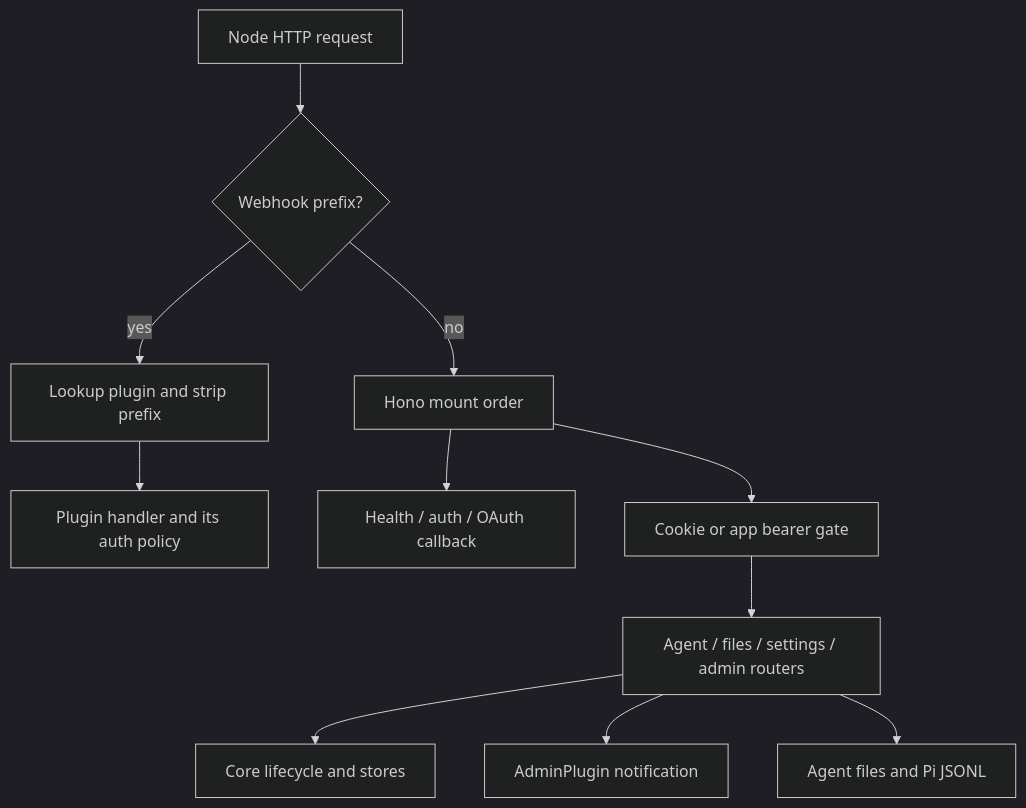
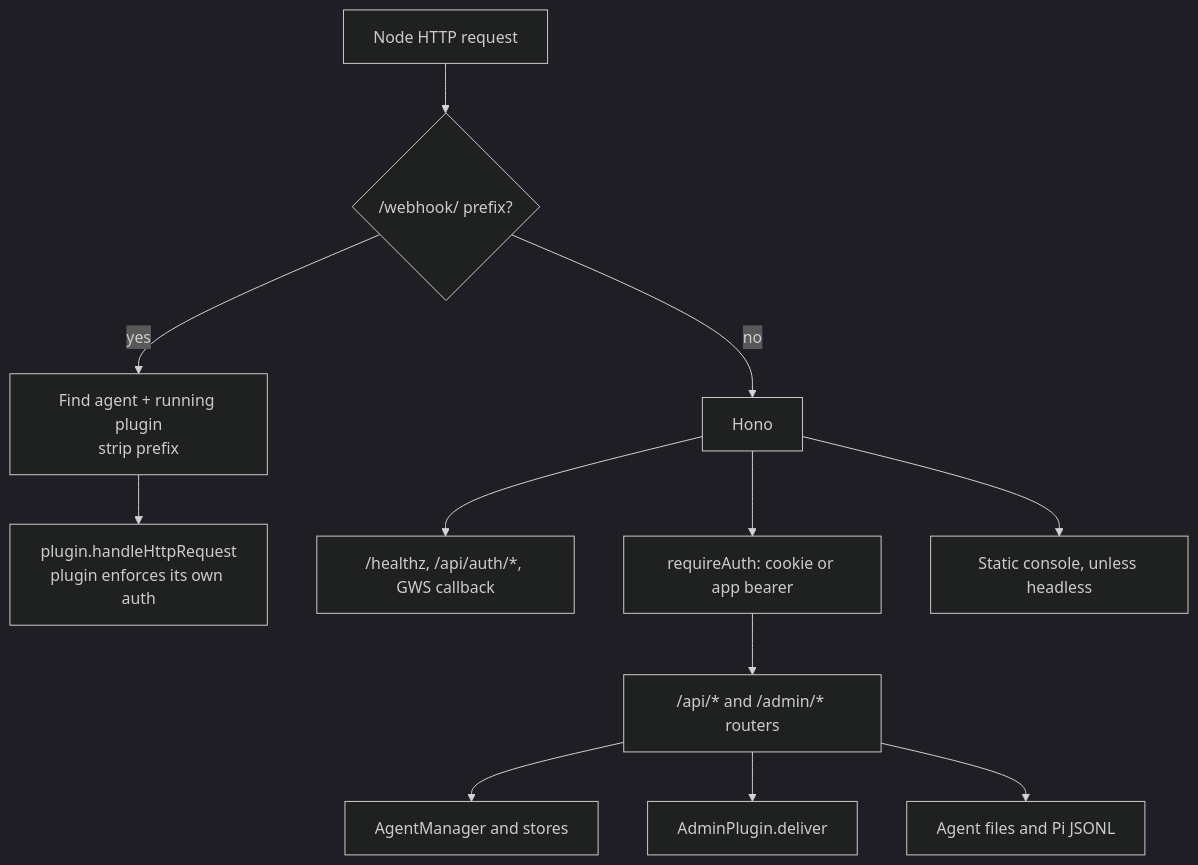
Before and after one commit to cognisphere-sh/cognisphere-harness: the first of 2 diagrams in docs/low-level/api.md, drawn with Mermaid (dark theme). The commit also changed other lines of this file and 19 other files, not shown here.

First line of the commit message:
Update core implementation roadmap with revised delivery order and agent configuration details

````diff
--- a/docs/low-level/api.md
+++ b/docs/low-level/api.md
@@ -20,13 +36,14 @@
 ```mermaid
 flowchart TB
-    HTTP[Node HTTP request] --> Prefix{Webhook prefix?}
-    Prefix -->|yes| Dispatch[Lookup plugin and strip prefix]
-    Dispatch --> Plugin[Plugin handler and its auth policy]
-    Prefix -->|no| Hono[Hono mount order]
-    Hono --> Public[Health / auth / OAuth callback]
-    Hono --> Gate[Cookie or app bearer gate]
-    Gate --> Routes[Agent / files / settings / admin routers]
-    Routes --> Manager[Core lifecycle and stores]
-    Routes --> Admin[AdminPlugin notification]
+    HTTP[Node HTTP request] --> Prefix{"/webhook/ prefix?"}
+    Prefix -->|yes| Dispatch[Find agent + running plugin<br/>strip prefix]
+    Dispatch --> Plugin[plugin.handleHttpRequest<br/>plugin enforces its own auth]
+    Prefix -->|no| Hono[Hono]
+    Hono --> Public["/healthz, /api/auth/*, GWS callback"]
+    Hono --> Gate[requireAuth: cookie or app bearer]
+    Gate --> Routes["/api/* and /admin/* routers"]
+    Hono --> SPA[Static console, unless headless]
+    Routes --> Manager[AgentManager and stores]
+    Routes --> Admin[AdminPlugin.deliver]
     Routes --> Files[Agent files and Pi JSONL]
 ```
````
